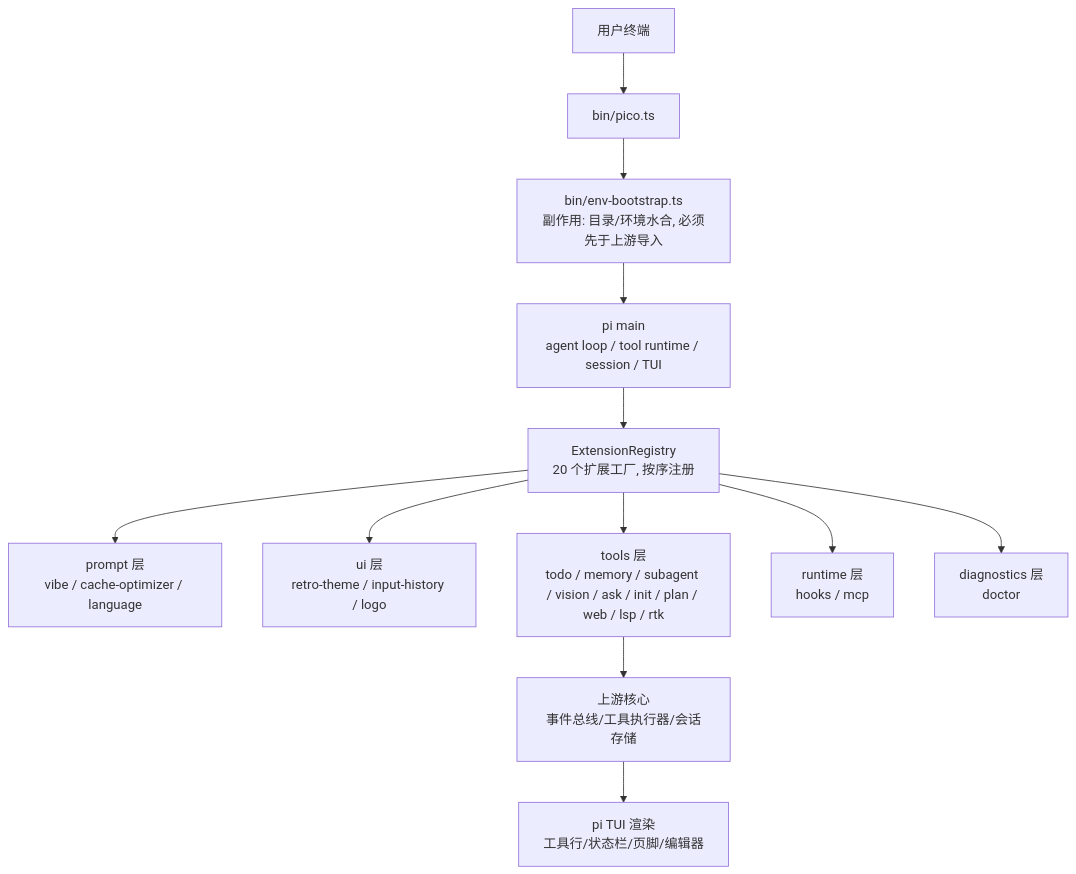
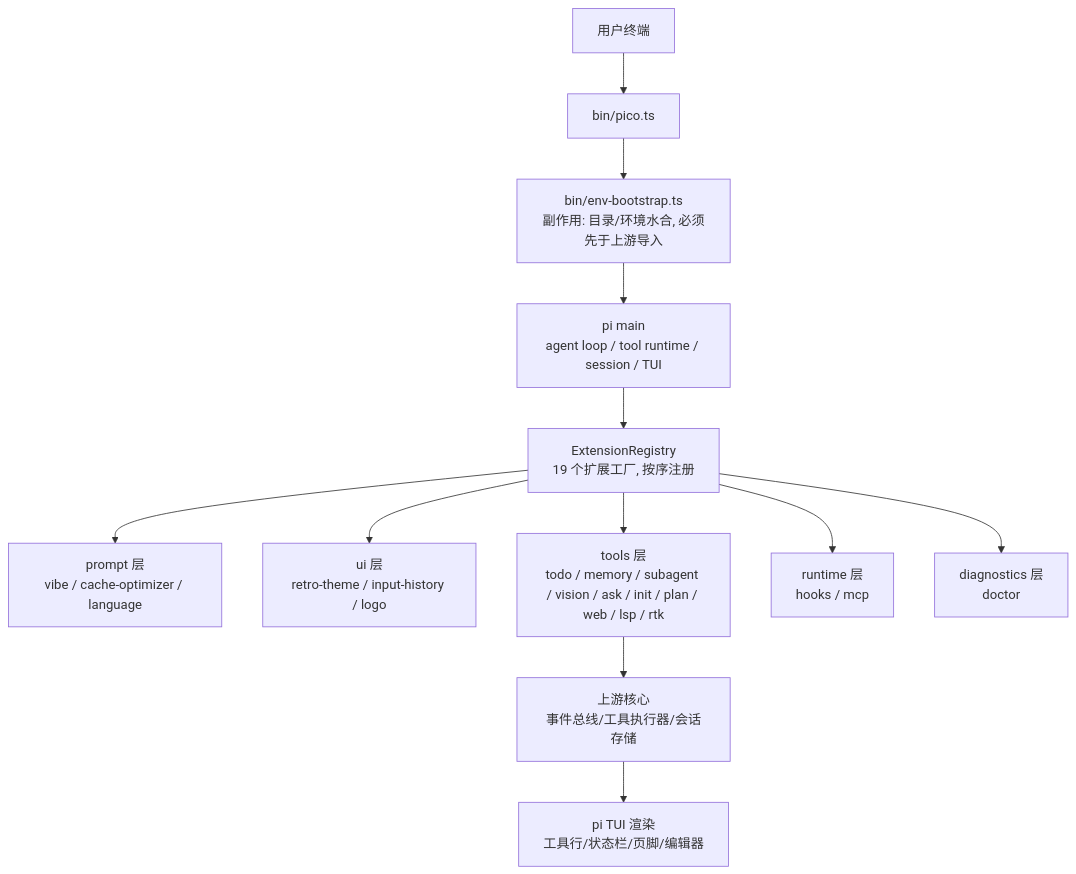
Before and after one commit to sswym/pico: the first of 5 diagrams in docs/internal-tech-review.md, drawn with Mermaid. The commit also changed other lines of this file and 6 other files, not shown here.

````diff
--- a/docs/internal-tech-review.md
+++ b/docs/internal-tech-review.md
@@ -38,14 +38,14 @@
 ```mermaid
 flowchart TD
     U[用户终端] --> BIN[bin/pico.ts]
     BIN --> BOOT[bin/env-bootstrap.ts<br/>副作用: 目录/环境水合, 必须先于上游导入]
     BOOT --> MAIN[pi main<br/>agent loop / tool runtime / session / TUI]
-    MAIN --> REG[ExtensionRegistry<br/>20 个扩展工厂, 按序注册]
+    MAIN --> REG[ExtensionRegistry<br/>19 个扩展工厂, 按序注册]
     REG --> E1[prompt 层<br/>vibe / cache-optimizer / language]
     REG --> E2[ui 层<br/>retro-theme / input-history / logo]
     REG --> E3[tools 层<br/>todo / memory / subagent / vision / ask / init / plan / web / lsp / rtk]
     REG --> E4[runtime 层<br/>hooks / mcp]
     REG --> E5[diagnostics 层<br/>doctor]
     E3 --> CORE[上游核心<br/>事件总线/工具执行器/会话存储]
     CORE --> TUI[pi TUI 渲染<br/>工具行/状态栏/页脚/编辑器]
 ```
````
